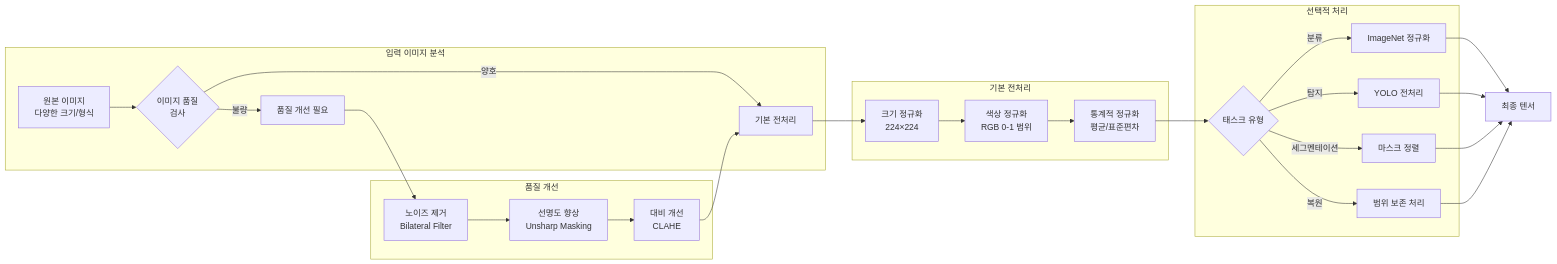
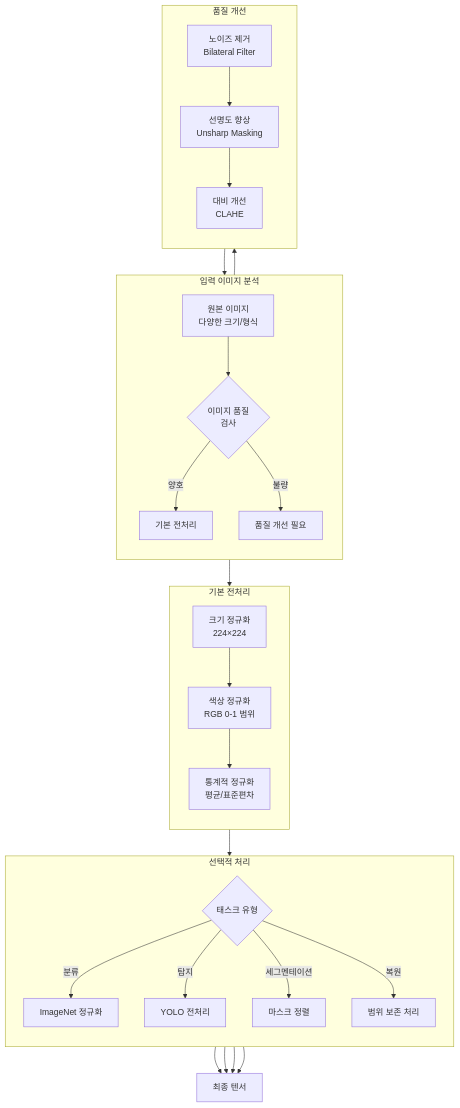
The fifth of 7 diagrams in 스터디/이미지와_컴퓨터비전_학습자료.md (c0z0c/sprint_mission), drawn with Mermaid before and after one commit. The commit also changed other lines of this file, not shown here.

````diff
--- a/스터디/이미지와_컴퓨터비전_학습자료.md
+++ b/스터디/이미지와_컴퓨터비전_학습자료.md
@@ -286,34 +286,38 @@
 ```mermaid
-flowchart LR
+flowchart TB
     subgraph "입력 이미지 분석"
-        A[원본 이미지\n다양한 크기/형식] --> B{이미지 품질\n검사}
+        direction TB
+        A[원본 이미지<br/>다양한 크기/형식] --> B{이미지 품질<br/>검사}
         B -->|양호| C[기본 전처리]
         B -->|불량| D[품질 개선 필요]
     end
     
     subgraph "품질 개선"
-        D --> D1[노이즈 제거\nBilateral Filter]
-        D1 --> D2[선명도 향상\nUnsharp Masking]
-        D2 --> D3[대비 개선\nCLAHE]
+        direction TB
+        D --> D1[노이즈 제거<br/>Bilateral Filter]
+        D1 --> D2[선명도 향상<br/>Unsharp Masking]
+        D2 --> D3[대비 개선<br/>CLAHE]
         D3 --> C
     end
     
     subgraph "기본 전처리"
-        C --> C1[크기 정규화\n224×224]
-        C1 --> C2[색상 정규화\nRGB 0-1 범위]
-        C2 --> C3[통계적 정규화\n평균/표준편차]
+        direction TB
+        C --> C1[크기 정규화<br/>224×224]
+        C1 --> C2[색상 정규화<br/>RGB 0-1 범위]
+        C2 --> C3[통계적 정규화<br/>평균/표준편차]
     end
     
     subgraph "선택적 처리"
+        direction TB
         C3 --> E{태스크 유형}
         E -->|분류| E1[ImageNet 정규화]
         E -->|탐지| E2[YOLO 전처리]
         E -->|세그멘테이션| E3[마스크 정렬]
         E -->|복원| E4[범위 보존 처리]
     end
     
     E1 --> F[최종 텐서]
     E2 --> F
     E3 --> F
     E4 --> F
 ```
````
